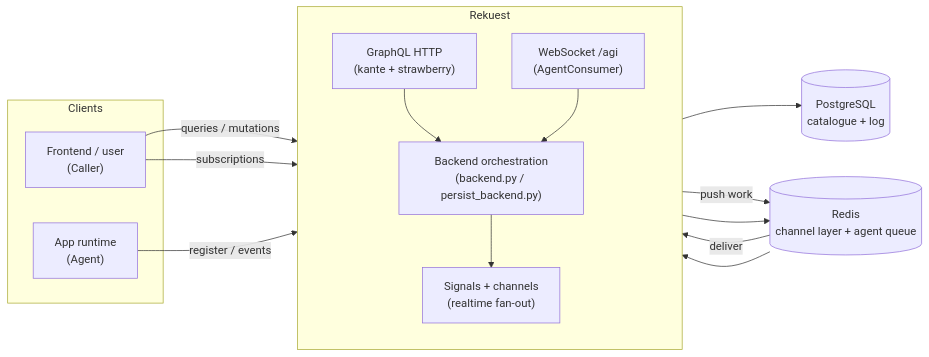
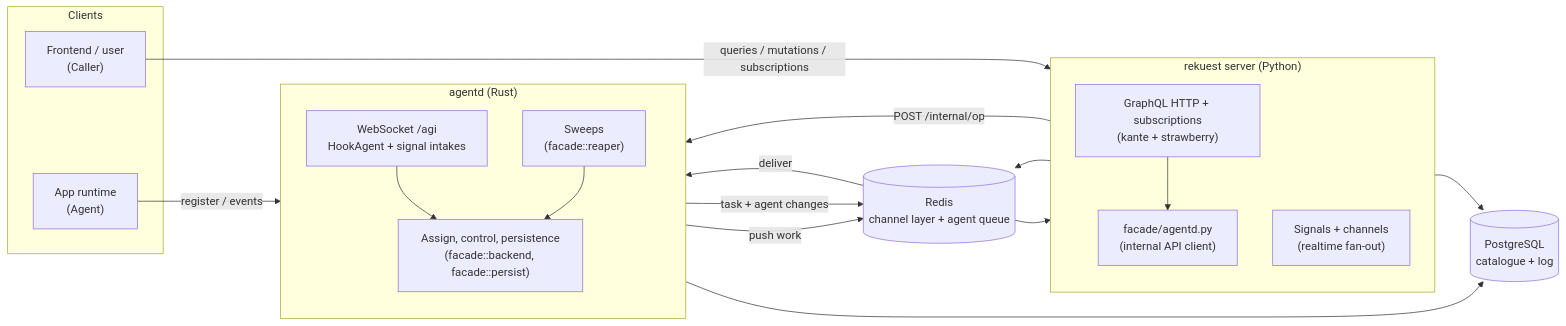
One commit to arkitektio/rekuest-server changed the diagram in docs/design/README.md. Above: the diagram before and after it, drawn with Mermaid. The commit also changed other lines of this file and 21 other files, not shown here.

First line of the commit message:
docs: the server and agentd as they are

````diff
--- a/docs/design/README.md
+++ b/docs/design/README.md
@@ -34,30 +37,38 @@
 ```mermaid
 flowchart LR
     subgraph Clients
         FE["Frontend / user<br/>(Caller)"]
         AG["App runtime<br/>(Agent)"]
     end
 
-    subgraph Rekuest
+    subgraph Server["rekuest server (Python)"]
         direction TB
-        GQL["GraphQL HTTP<br/>(kante + strawberry)"]
-        WS["WebSocket /agi<br/>(AgentConsumer)"]
-        BE["Backend orchestration<br/>(backend.py / persist_backend.py)"]
+        GQL["GraphQL HTTP + subscriptions<br/>(kante + strawberry)"]
+        CL["facade/agentd.py<br/>(internal API client)"]
         SIG["Signals + channels<br/>(realtime fan-out)"]
+    end
+
+    subgraph Agentd["agentd (Rust)"]
+        direction TB
+        WS["WebSocket /agi<br/>HookAgent + signal intakes"]
+        BE["Assign, control, persistence<br/>(facade::backend, facade::persist)"]
+        SW["Sweeps<br/>(facade::reaper)"]
     end
 
     PG[("PostgreSQL<br/>catalogue + log")]
     RD[("Redis<br/>channel layer + agent queue")]
 
-    FE -- "queries / mutations" --> GQL
-    FE -- "subscriptions" --> GQL
+    FE -- "queries / mutations / subscriptions" --> GQL
     AG -- "register / events" --> WS
-    GQL --> BE
+    GQL --> CL
+    CL -- "POST /internal/op" --> BE
     WS --> BE
+    SW --> BE
+    GQL --> PG
     BE --> PG
     BE -- "push work" --> RD
     RD -- "deliver" --> WS
-    BE --> SIG
+    BE -- "task + agent changes" --> RD
     SIG --> RD
     RD --> GQL
 ```
````
